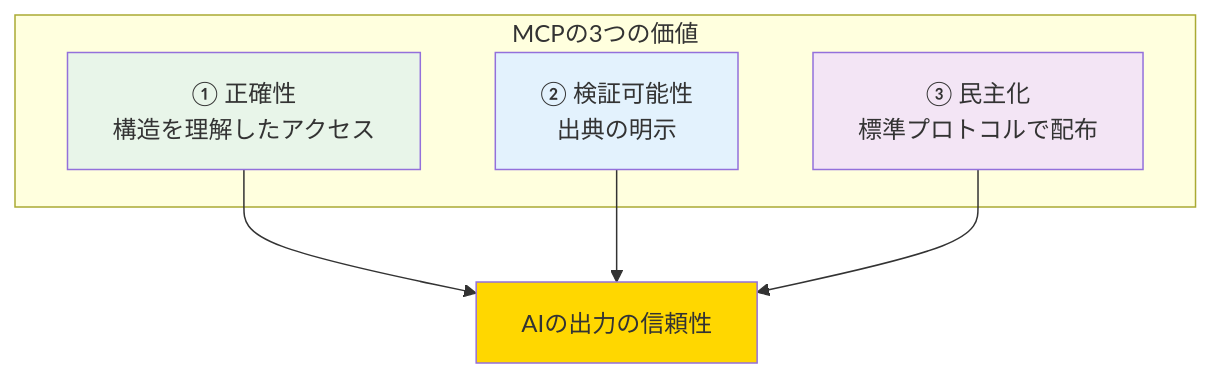
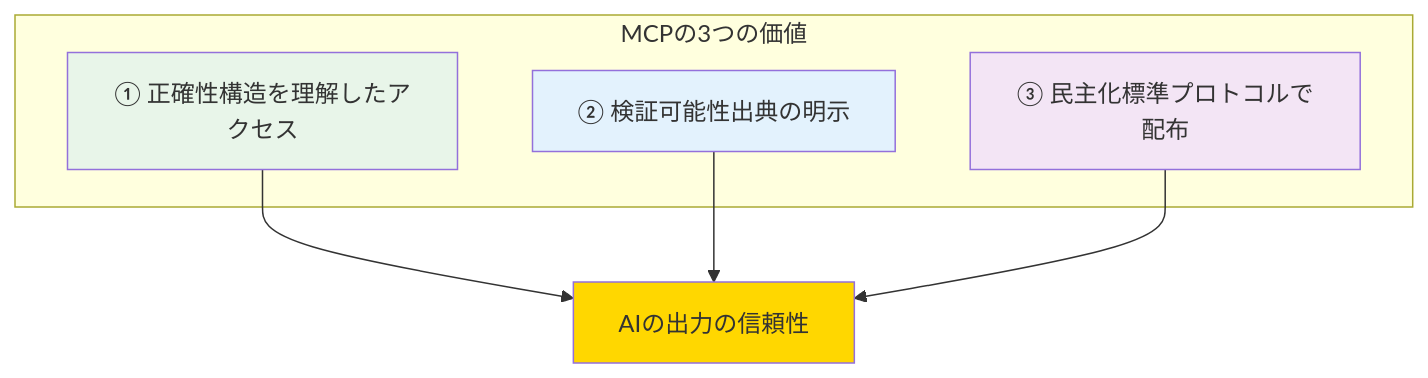
One commit to shuji-bonji/ai-agent-architecture changed the tenth of 10 diagrams in docs/concepts/04-ai-design-patterns.ja.md. Above: the diagram before and after it, drawn with Mermaid. The commit also changed other lines of this file and 16 other files, not shown here.

````diff
--- a/docs/concepts/04-ai-design-patterns.ja.md
+++ b/docs/concepts/04-ai-design-patterns.ja.md
@@ -619,17 +619,17 @@
 ```mermaid
 graph TB
     subgraph MCPの3つの価値
-        V1["① 正確性\n構造を理解したアクセス"]
-        V2["② 検証可能性\n出典の明示"]
-        V3["③ 民主化\n標準プロトコルで配布"]
+        V1["① 正確性<bn>構造を理解したアクセス"]
+        V2["② 検証可能性<bn>出典の明示"]
+        V3["③ 民主化<bn>標準プロトコルで配布"]
     end
 
     V1 --> RESULT[AIの出力の信頼性]
     V2 --> RESULT
     V3 --> RESULT
 
     style V1 fill:#e8f5e9,color:#333
     style V2 fill:#e3f2fd,color:#333
     style V3 fill:#f3e5f5,color:#333
     style RESULT fill:#ffd700,color:#333
 ```
````
